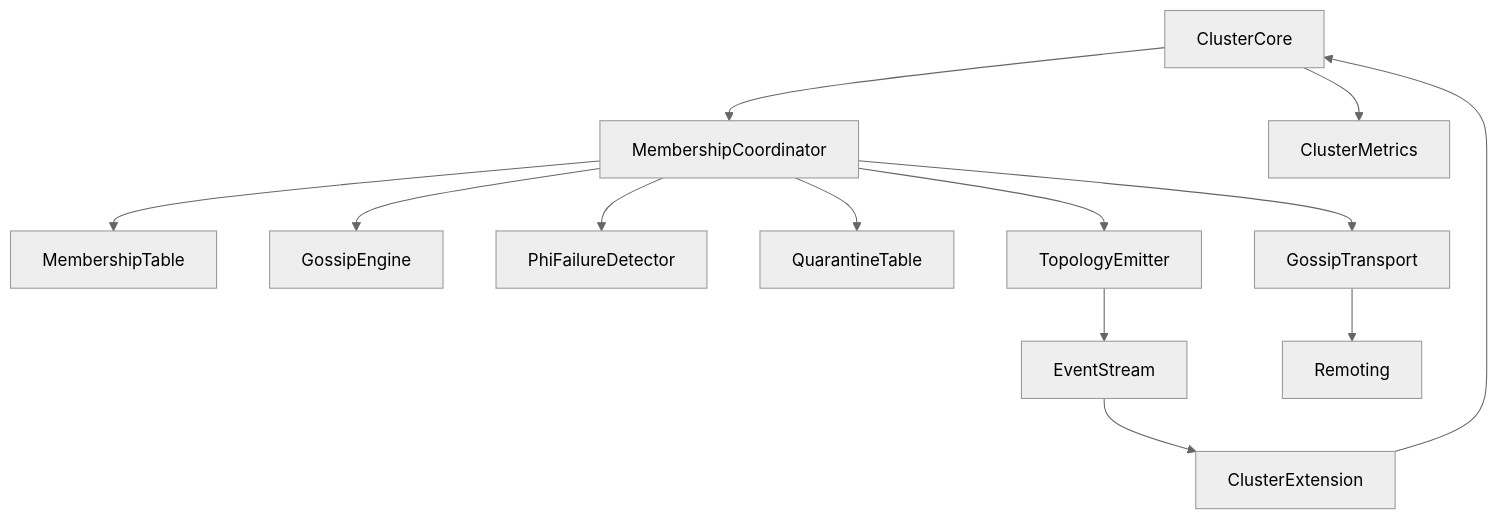
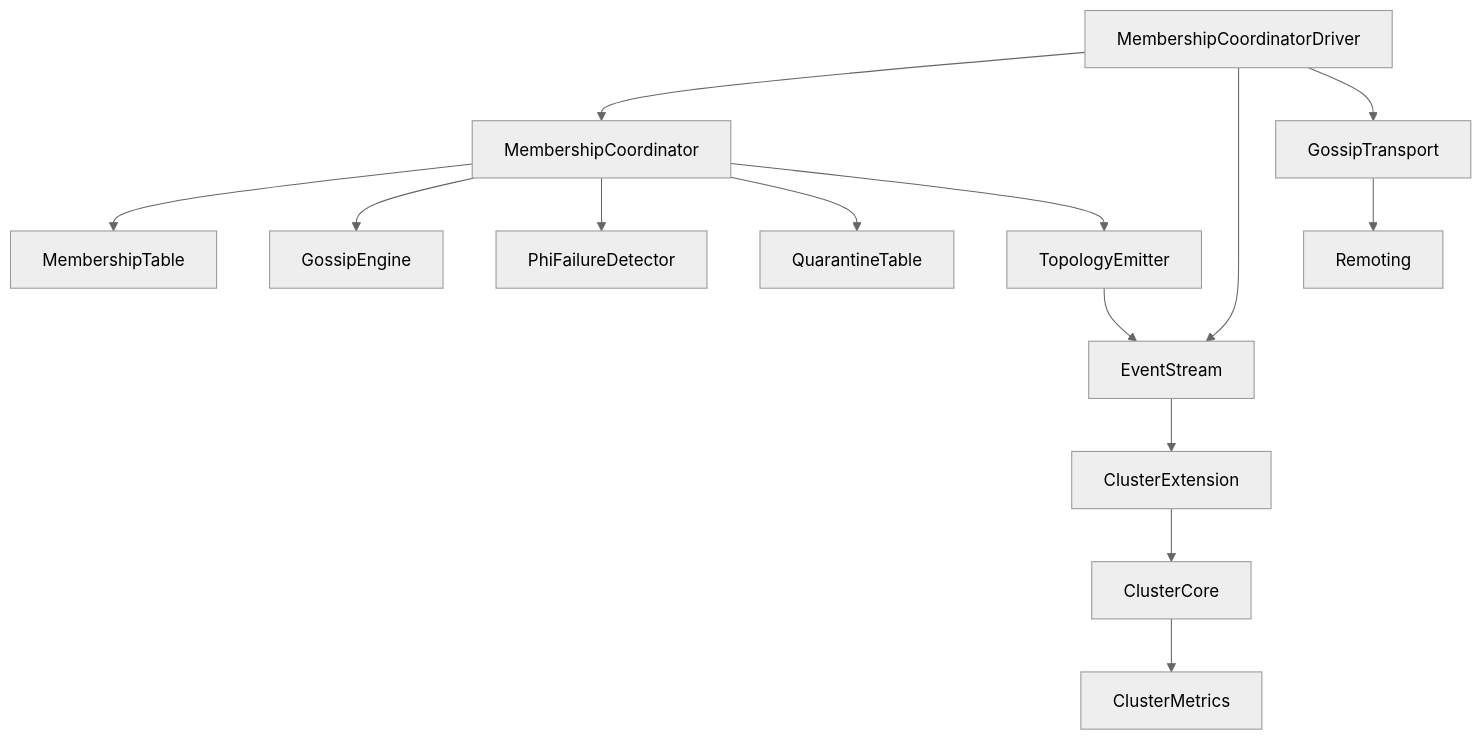
Before and after one commit to j5ik2o/fraktor-rs: the first of 5 diagrams in .kiro/specs/cluster-membership-gossip-topology/design.md, drawn with Mermaid (neutral theme). The commit also changed other lines of this file, not shown here.

Commit message:
feat: refactor MembershipCoordinator and introduce MembershipCoordinatorDriver for improved event handling and separation of concerns

````diff
--- a/.kiro/specs/cluster-membership-gossip-topology/design.md
+++ b/.kiro/specs/cluster-membership-gossip-topology/design.md
@@ -31,15 +31,16 @@
 ```mermaid
 graph TB
-  ClusterCore[ClusterCore] --> MembershipCoordinator[MembershipCoordinator]
   MembershipCoordinator --> MembershipTable[MembershipTable]
   MembershipCoordinator --> GossipEngine[GossipEngine]
   MembershipCoordinator --> FailureDetector[PhiFailureDetector]
   MembershipCoordinator --> QuarantineTable[QuarantineTable]
   MembershipCoordinator --> TopologyEmitter[TopologyEmitter]
+  MembershipCoordinatorDriver[MembershipCoordinatorDriver] --> MembershipCoordinator
+  MembershipCoordinatorDriver --> EventStream[EventStream]
+  MembershipCoordinatorDriver --> GossipTransport[GossipTransport]
   TopologyEmitter --> EventStream[EventStream]
   EventStream --> ClusterExtension[ClusterExtension]
   ClusterExtension --> ClusterCore
-  MembershipCoordinator --> GossipTransport[GossipTransport]
   GossipTransport --> Remoting[Remoting]
   ClusterCore --> ClusterMetrics[ClusterMetrics]
 ```
````
